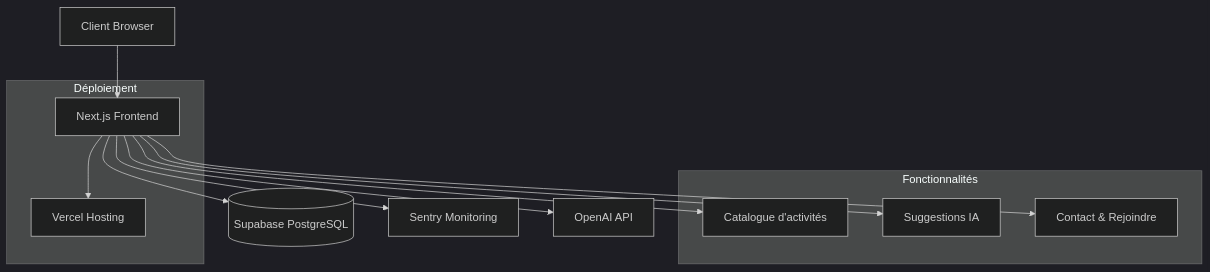
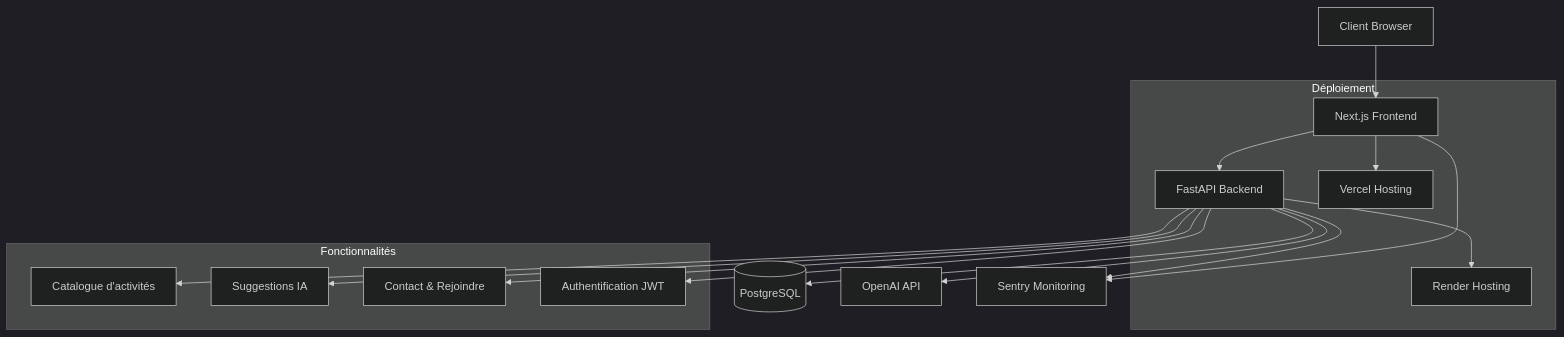
Before and after one commit to vidaluca77-cloud/LaVidaLuca-App: the diagram in README.md, drawn with Mermaid (dark theme). The commit also changed other lines of this file and 5 other files, not shown here.

````diff
--- a/README.md
+++ b/README.md
@@ -16,17 +18,21 @@
 ```mermaid
 graph TB
     Client[Client Browser] --> Frontend[Next.js Frontend]
-    Frontend --> Supabase[(Supabase PostgreSQL)]
+    Frontend --> Backend[FastAPI Backend]
+    Backend --> Database[(PostgreSQL)]
+    Backend --> OpenAI[OpenAI API]
     Frontend --> Sentry[Sentry Monitoring]
-    Frontend --> OpenAI[OpenAI API]
+    Backend --> Sentry
     
     subgraph "Déploiement"
         Frontend --> Vercel[Vercel Hosting]
+        Backend --> Render[Render Hosting]
     end
     
     subgraph "Fonctionnalités"
-        Frontend --> Activities[Catalogue d'activités]
-        Frontend --> IA[Suggestions IA]
-        Frontend --> Contact[Contact & Rejoindre]
+        Backend --> Activities[Catalogue d'activités]
+        Backend --> IA[Suggestions IA]
+        Backend --> Contact[Contact & Rejoindre]
+        Backend --> Auth[Authentification JWT]
     end
 ```
````
